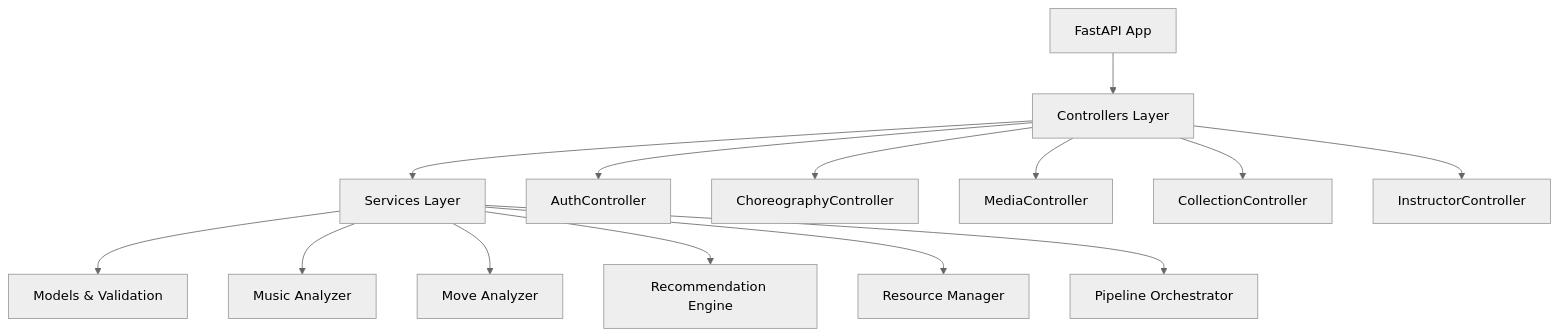
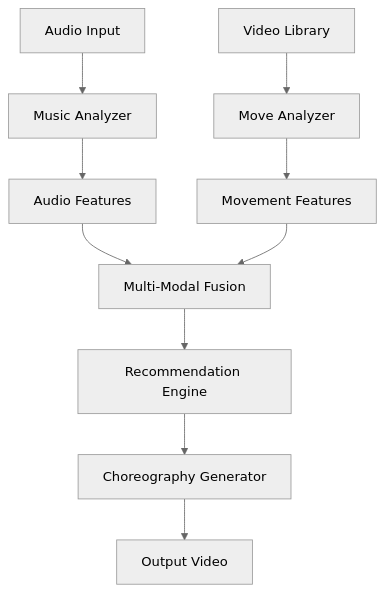
Before and after one commit to erickrex/bachata_buddy: the diagram in README.md, drawn with Mermaid (neutral theme). The commit also changed other lines of this file and 147 other files, not shown here.

````diff
--- a/README.md
+++ b/README.md
@@ -8,18 +21,12 @@
 ```mermaid
 graph TB
-    A[FastAPI App] --> B[Controllers Layer]
-    B --> C[Services Layer]
-    C --> D[Models & Validation]
-    
-    B --> E[AuthController]
-    B --> F[ChoreographyController]
-    B --> G[MediaController]
-    B --> H[CollectionController]
-    B --> I[InstructorController]
-    
-    C --> J[Music Analyzer]
-    C --> K[Move Analyzer]
-    C --> L[Recommendation Engine]
-    C --> M[Resource Manager]
-    C --> N[Pipeline Orchestrator]
+    A[Audio Input] --> B[Music Analyzer]
+    V[Video Library] --> C[Move Analyzer]
+    B --> D[Audio Features]
+    C --> E[Movement Features]
+    D --> F[Multi-Modal Fusion]
+    E --> F
+    F --> G[Recommendation Engine]
+    G --> H[Choreography Generator]
+    H --> I[Output Video]
 ```
````
